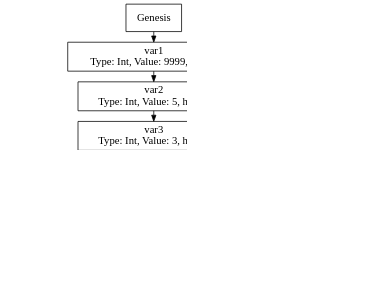
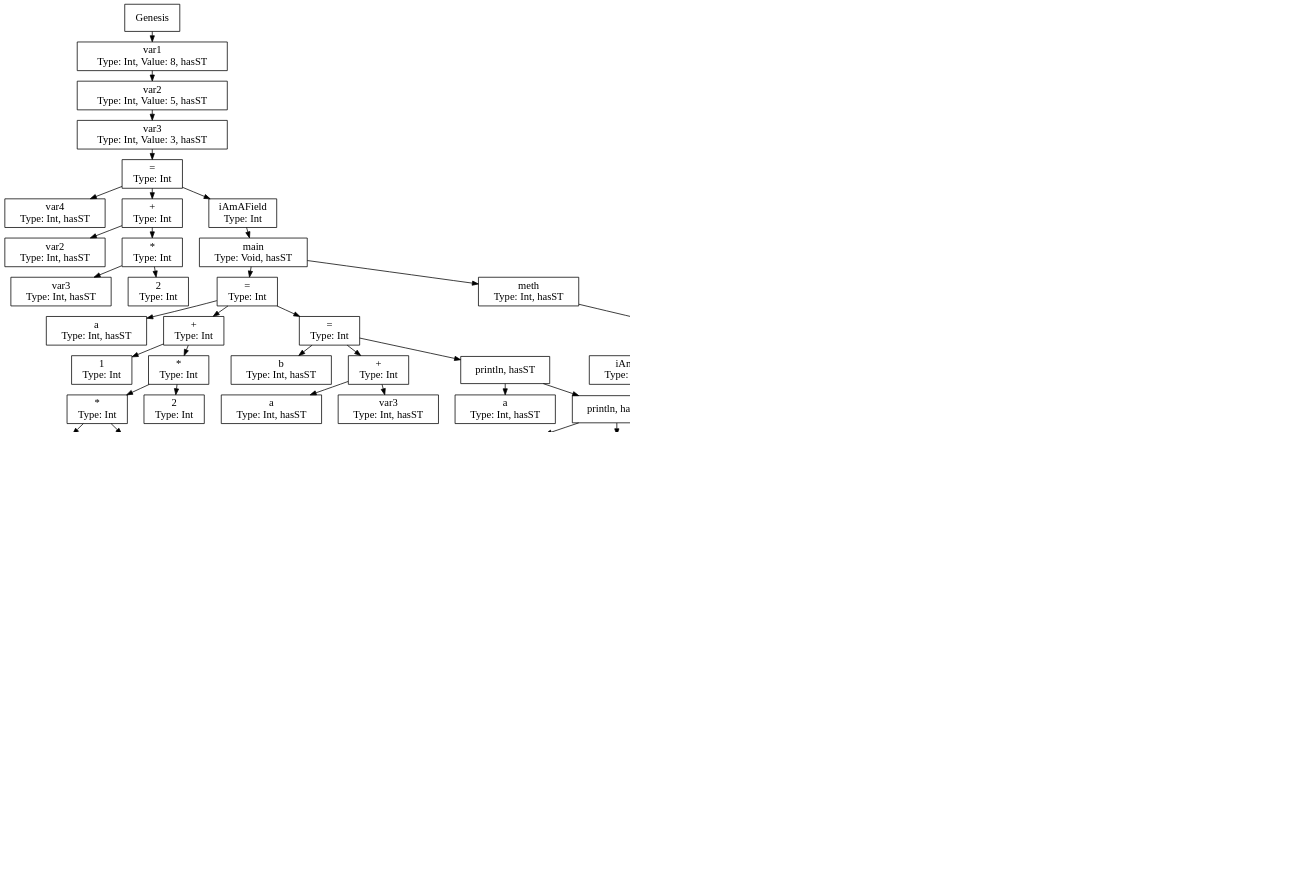
Before and after one commit to VieVaWaldi/javaSSTCompiler: the diagram in ast.dot, drawn with Graphviz. The commit also changed 9 other files, not shown here.

```diff
--- a/ast.dot
+++ b/ast.dot
@@ -1,39 +1,195 @@
 digraph D {
 graph [ dpi = 150 ]
 nodesep=0.3;
 ranksep=0.2;
 margin=0.1;
 node [shape=box];
 edge [arrowsize=0.8];
 
 Genesis [label="Genesis"];
 Genesis -> var1;
-var1 [label="var1\nType: Int, Value: 9999, hasST"];
+var1 [label="var1\nType: Int, Value: 8, hasST"];
 var1 -> var2;
 var2 [label="var2\nType: Int, Value: 5, hasST"];
 var2 -> var3;
 var3 [label="var3\nType: Int, Value: 3, hasST"];
 var3 -> ASSIGN_3;
 ASSIGN_3 [label="=\nType: Int"];
 ASSIGN_3 -> var4;
 var4 [label="var4\nType: Int, hasST"];
 ASSIGN_3 -> PLUS_0;
 PLUS_0 [label="+\nType: Int"];
 PLUS_0 -> var2_0;
 var2_0 [label="var2\nType: Int, hasST"];
 PLUS_0 -> TIMES0;
 TIMES0 [label="*\nType: Int"];
 TIMES0 -> var3_1;
 var3_1 [label="var3\nType: Int, hasST"];
 TIMES0 -> N2_3;
 N2_3 [label="2\nType: Int"];
-ASSIGN_3 -> main_0;
+ASSIGN_3 -> iAmAField;
+iAmAField [label="iAmAField\nType: Int"];
+iAmAField -> main_0;
 main_0 [label="main\nType: Void, hasST"];
 main_0 -> ASSIGN_4;
 ASSIGN_4 [label="=\nType: Int"];
 ASSIGN_4 -> a_2;
 a_2 [label="a\nType: Int, hasST"];
-ASSIGN_4 -> N333_4;
-N333_4 [label="333\nType: Int"];
+ASSIGN_4 -> PLUS_1;
+PLUS_1 [label="+\nType: Int"];
+PLUS_1 -> N1_4;
+N1_4 [label="1\nType: Int"];
+PLUS_1 -> TIMES2;
+TIMES2 [label="*\nType: Int"];
+TIMES2 -> TIMES1;
+TIMES1 [label="*\nType: Int"];
+TIMES1 -> N5_5;
+N5_5 [label="5\nType: Int"];
+TIMES1 -> N3_6;
+N3_6 [label="3\nType: Int"];
+TIMES2 -> N2_7;
+N2_7 [label="2\nType: Int"];
+ASSIGN_4 -> ASSIGN_5;
+ASSIGN_5 [label="=\nType: Int"];
+ASSIGN_5 -> b_3;
+b_3 [label="b\nType: Int, hasST"];
+ASSIGN_5 -> PLUS_2;
+PLUS_2 [label="+\nType: Int"];
+PLUS_2 -> a_4;
+a_4 [label="a\nType: Int, hasST"];
+PLUS_2 -> var3_5;
+var3_5 [label="var3\nType: Int, hasST"];
+ASSIGN_5 -> println_C_0;
+println_C_0 [label="println, hasST"];
+println_C_0 -> a_6;
+a_6 [label="a\nType: Int, hasST"];
+println_C_0 -> println_C_1;
+println_C_1 [label="println, hasST"];
+println_C_1 -> b_7;
+b_7 [label="b\nType: Int, hasST"];
+println_C_1 -> println_C_2;
+println_C_2 [label="println, hasST"];
+println_C_2 -> var2_8;
+var2_8 [label="var2\nType: Int, hasST"];
+println_C_2 -> ASSIGN_6;
+ASSIGN_6 [label="=\nType: Int"];
+ASSIGN_6 -> iAmAField_9;
+iAmAField_9 [label="iAmAField\nType: Int, hasST"];
+ASSIGN_6 -> PLUS_3;
+PLUS_3 [label="+\nType: Int"];
+PLUS_3 -> N1_8;
+N1_8 [label="1\nType: Int"];
+PLUS_3 -> var3_10;
+var3_10 [label="var3\nType: Int, hasST"];
+ASSIGN_6 -> println_C_3;
+println_C_3 [label="println, hasST"];
+println_C_3 -> iAmAField_11;
+iAmAField_11 [label="iAmAField\nType: Int, hasST"];
+println_C_3 -> ASSIGN_7;
+ASSIGN_7 [label="=\nType: Int"];
+ASSIGN_7 -> b_12;
+b_12 [label="b\nType: Int, hasST"];
+ASSIGN_7 -> meth_C_4;
+meth_C_4 [label="meth, hasST"];
+meth_C_4 -> N1_9;
+N1_9 [label="1\nType: Int"];
+ASSIGN_7 -> println_C_5;
+println_C_5 [label="println, hasST"];
+println_C_5 -> b_13;
+b_13 [label="b\nType: Int, hasST"];
+println_C_5 -> ASSIGN_8;
+ASSIGN_8 [label="=\nType: Int"];
+ASSIGN_8 -> a_14;
+a_14 [label="a\nType: Int, hasST"];
+ASSIGN_8 -> N12_10;
+N12_10 [label="12\nType: Int"];
+ASSIGN_8 -> IF_ELSE_1;
+IF_ELSE_1 [label="IF_ELSE"];
+IF_ELSE_1 -> IF_0;
+IF_0 [label="IF"];
+IF_0 -> LTHAN0;
+LTHAN0 [label="<\nType: Bool"];
+LTHAN0 -> a_15;
+a_15 [label="a\nType: Int, hasST"];
+LTHAN0 -> N11_11;
+N11_11 [label="11\nType: Int"];
+IF_0 -> IF_ELSE_0;
+IF_ELSE_0 [label="IF_ELSE"];
+IF_ELSE_0 -> IF_1;
+IF_1 [label="IF"];
+IF_1 -> LTHAN1;
+LTHAN1 [label="<\nType: Bool"];
+LTHAN1 -> a_16;
+a_16 [label="a\nType: Int, hasST"];
+LTHAN1 -> N11_12;
+N11_12 [label="11\nType: Int"];
+IF_1 -> ASSIGN_9;
+ASSIGN_9 [label="=\nType: Int"];
+ASSIGN_9 -> a_17;
+a_17 [label="a\nType: Int, hasST"];
+ASSIGN_9 -> N12_13;
+N12_13 [label="12\nType: Int"];
+IF_ELSE_0 -> ASSIGN_10;
+ASSIGN_10 [label="=\nType: Int"];
+ASSIGN_10 -> a_18;
+a_18 [label="a\nType: Int, hasST"];
+ASSIGN_10 -> N13_14;
+N13_14 [label="13\nType: Int"];
+IF_ELSE_1 -> ASSIGN_11;
+ASSIGN_11 [label="=\nType: Int"];
+ASSIGN_11 -> a_19;
+a_19 [label="a\nType: Int, hasST"];
+ASSIGN_11 -> N13_15;
+N13_15 [label="13\nType: Int"];
+IF_ELSE_1 -> println_C_6;
+println_C_6 [label="println, hasST"];
+println_C_6 -> a_20;
+a_20 [label="a\nType: Int, hasST"];
+println_C_6 -> RETURN_0;
+RETURN_0 [label="RETURN"];
+main_0 -> meth_1;
+meth_1 [label="meth\nType: Int, hasST"];
+meth_1 -> ASSIGN_12;
+ASSIGN_12 [label="=\nType: Int"];
+ASSIGN_12 -> iAmAField_21;
+iAmAField_21 [label="iAmAField\nType: Int, hasST"];
+ASSIGN_12 -> N8_16;
+N8_16 [label="8\nType: Int"];
+ASSIGN_12 -> ASSIGN_13;
+ASSIGN_13 [label="=\nType: Int"];
+ASSIGN_13 -> c_22;
+c_22 [label="c\nType: Int, hasST"];
+ASSIGN_13 -> N2_17;
+N2_17 [label="2\nType: Int"];
+ASSIGN_13 -> ASSIGN_14;
+ASSIGN_14 [label="=\nType: Int"];
+ASSIGN_14 -> p_23;
+p_23 [label="p\nType: Int, hasST"];
+ASSIGN_14 -> PLUS_4;
+PLUS_4 [label="+\nType: Int"];
+PLUS_4 -> p_24;
+p_24 [label="p\nType: Int, hasST"];
+PLUS_4 -> N2_18;
+N2_18 [label="2\nType: Int"];
+ASSIGN_14 -> RETURN_1;
+RETURN_1 [label="RETURN"];
+RETURN_1 -> MINUS_8;
+MINUS_8 [label="-\nType: Int"];
+MINUS_8 -> PLUS_7;
+PLUS_7 [label="+\nType: Int"];
+PLUS_7 -> PLUS_6;
+PLUS_6 [label="+\nType: Int"];
+PLUS_6 -> PLUS_5;
+PLUS_5 [label="+\nType: Int"];
+PLUS_5 -> p_25;
+p_25 [label="p\nType: Int, hasST"];
+PLUS_5 -> N1_19;
+N1_19 [label="1\nType: Int"];
+PLUS_6 -> c_26;
+c_26 [label="c\nType: Int, hasST"];
+PLUS_7 -> var3_27;
+var3_27 [label="var3\nType: Int, hasST"];
+MINUS_8 -> iAmAField_28;
+iAmAField_28 [label="iAmAField\nType: Int, hasST"];
 
 }
```
